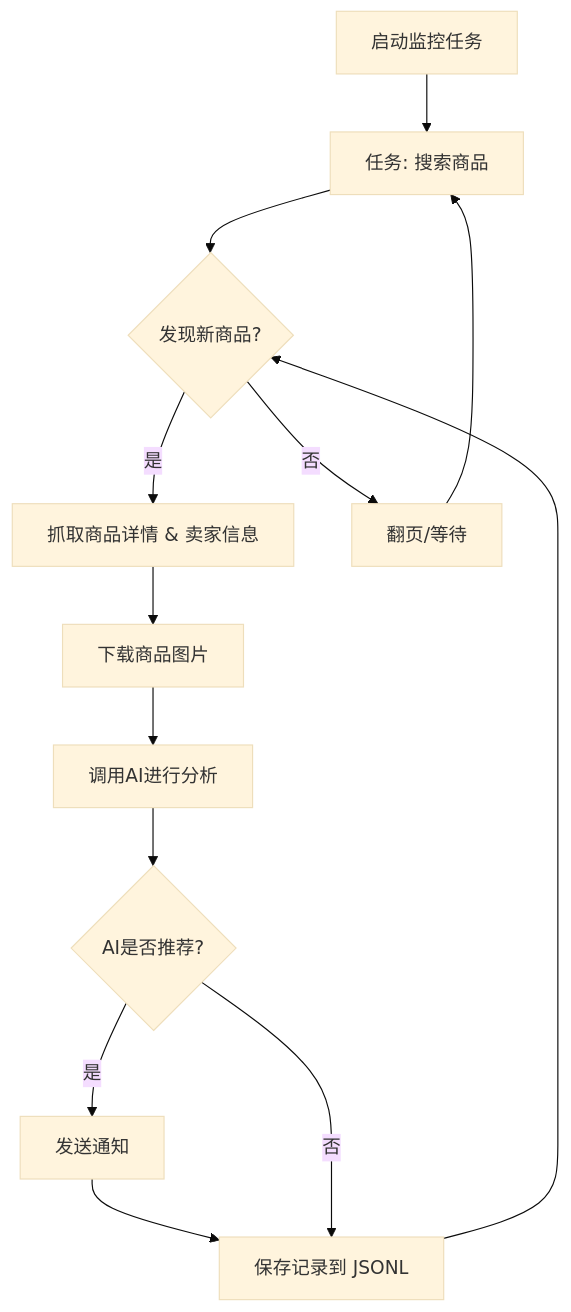
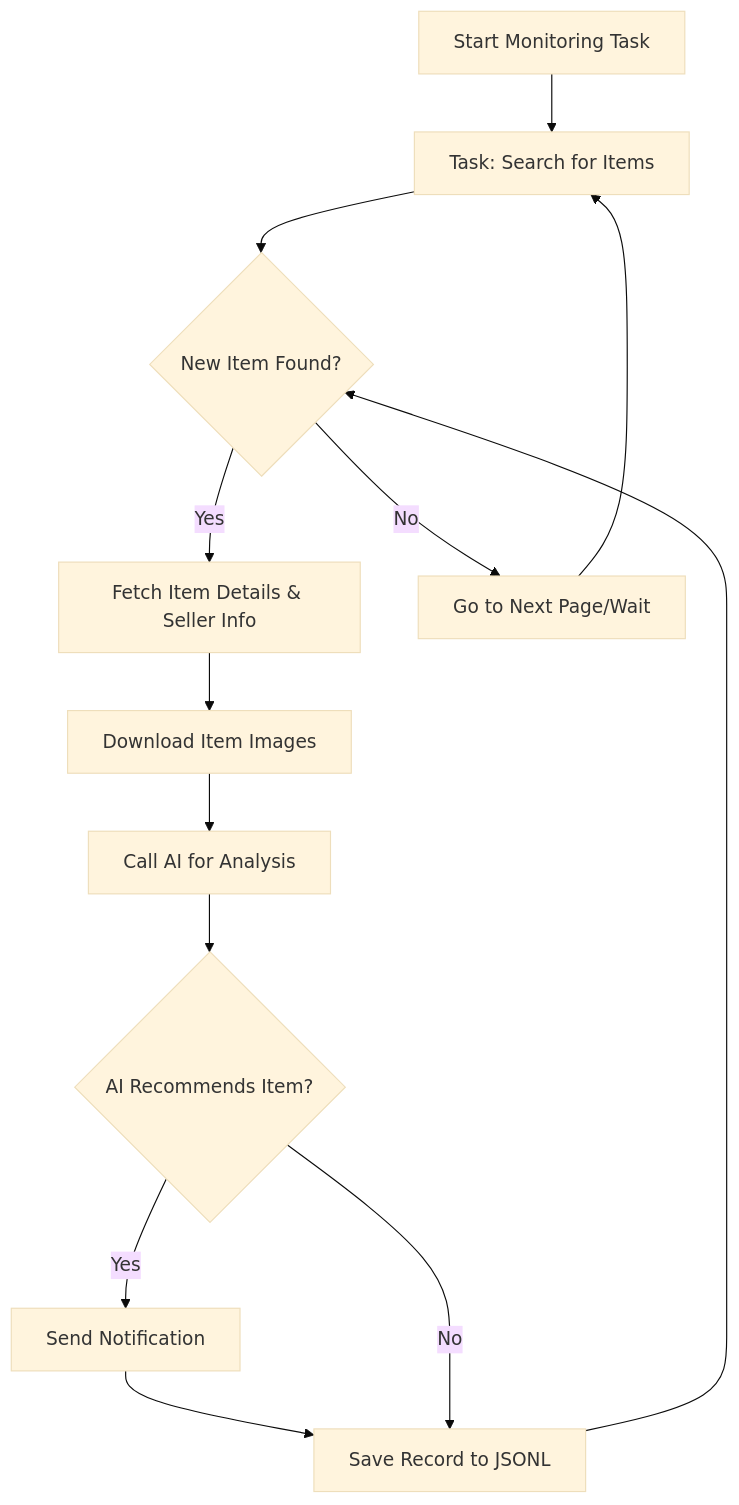
The diagram in docs/dingyufei615-ai-goofish-monitor.md (saurav-z/repo-docs), drawn with Mermaid (base theme) before and after one commit. The commit also changed other lines of this file and 186 other files, not shown here.

````diff
--- a/docs/dingyufei615-ai-goofish-monitor.md
+++ b/docs/dingyufei615-ai-goofish-monitor.md
@@ -113,15 +196,15 @@
 ```mermaid
 graph TD
-    A[启动监控任务] --> B[任务: 搜索商品];
-    B --> C{发现新商品?};
-    C -- 是 --> D[抓取商品详情 & 卖家信息];
-    D --> E[下载商品图片];
-    E --> F[调用AI进行分析];
-    F --> G{AI是否推荐?};
-    G -- 是 --> H[发送通知];
-    H --> I[保存记录到 JSONL];
-    G -- 否 --> I;
-    C -- 否 --> J[翻页/等待];
+    A[Start Monitoring Task] --> B[Task: Search for Items];
+    B --> C{New Item Found?};
+    C -- Yes --> D[Fetch Item Details & Seller Info];
+    D --> E[Download Item Images];
+    E --> F[Call AI for Analysis];
+    F --> G{AI Recommends Item?};
+    G -- Yes --> H[Send Notification];
+    H --> I[Save Record to JSONL];
+    G -- No --> I;
+    C -- No --> J[Go to Next Page/Wait];
     J --> B;
     I --> C;
 ```
````
